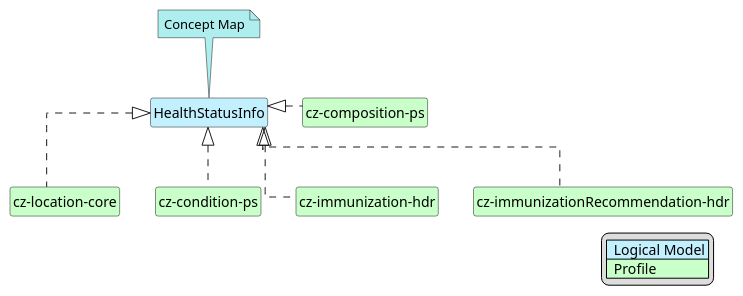
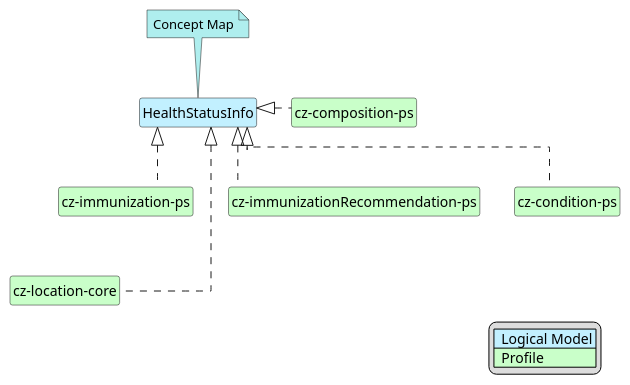
Before and after one commit to HL7-cz/ps: the diagram in input/images-source/PS_HealthStatusInfo-map.plantuml, drawn with PlantUML. The commit also changed 1 other file, not shown here.

Commit message:
update alerts and HealthStatusInfo maps

```diff
--- a/input/images-source/PS_HealthStatusInfo-map.plantuml
+++ b/input/images-source/PS_HealthStatusInfo-map.plantuml
@@ -1,45 +1,42 @@
 @startuml PS_HealthStatusInfo-map
 hide circle
 hide stereotype
 hide members
 hide methods
 skinparam linetype ortho
 skinparam class {
 BackgroundColor<<LogicalModel>> #APPLICATION
 BackgroundColor<<Profile>> #TECHNOLOGY
 }
 legend right
 | <#APPLICATION>  Logical Model |
 | <#TECHNOLOGY>  Profile |
 endlegend
-class "HealthStatusInfo" <<LogicalModel>> [[StructureDefinition-LogHealthStatusInfoCz.html]]
-note top #PaleTurquoise [[ConceptMap-HealthStatusInfo2FHIR-cz-ps.html]]
+class "HealthStatusInfo" <<LogicalModel>> [[StructureDefinition-LogHealthStatusInfoCzEn.html]]
+note top #PaleTurquoise [[ConceptMap-healthStatusInfo2FHIR-cz-ps.html]]
 Concept Map
 endnote
 ' --- Profiles mapping Alerts ---
 ' Očkování
 class "cz-composition-ps" <<Profile>> [[StructureDefinition-cz-composition-ps.html]]
-class "cz-immunization-hdr" <<Profile>> [[StructureDefinition-cz-immunization-hdr.html]]
-class "cz-immunizationRecommendation-hdr" <<Profile>> [[StructureDefinition-cz-immunizationRecommendation-hdr.html]]
+class "cz-immunization-ps" <<Profile>> [[StructureDefinition-cz-immunization-ps.html]]
+class "cz-immunizationRecommendation-ps" <<Profile>> [[StructureDefinition-cz-immunizationRecommendation-ps.html]]
 class "cz-location-core" <<Profile>> [[StructureDefinition-cz-location-core.html]]
 ' Historie zdravotních problémů
 class "cz-condition-ps" <<Profile>> [[StructureDefinition-cz-condition-ps.html]]
 
-' Obecná anamnéza
-
-
-
 ' --- Realization links ---
 "HealthStatusInfo" <|. "cz-composition-ps"
-"HealthStatusInfo" <|. "cz-immunization-hdr"
-"HealthStatusInfo" <|. "cz-immunizationRecommendation-hdr"
+"HealthStatusInfo" <|. "cz-immunization-ps"
+"HealthStatusInfo" <|. "cz-immunizationRecommendation-ps"
 "HealthStatusInfo" <|. "cz-location-core"
 "HealthStatusInfo" <|. "cz-condition-ps"
 
 ' ' (volitelné – skryté vazby jen pro rozložení v diagramu)
 "HealthStatusInfo" -d[hidden]-> "cz-composition-ps"
-"cz-composition-ps" -d[hidden]-> "cz-immunization-hdr"
-"cz-composition-ps" -d[hidden]-> "cz-immunizationRecommendation-hdr"
-"cz-composition-ps" -d[hidden]-> "cz-location-core"
+"cz-composition-ps" -d[hidden]-> "cz-immunization-ps"
+"cz-composition-ps" -d[hidden]-> "cz-immunizationRecommendation-ps"
 "cz-composition-ps" -d[hidden]-> "cz-condition-ps"
+"cz-immunization-ps" -d[hidden]-> "cz-location-core"
+
 @enduml
```
